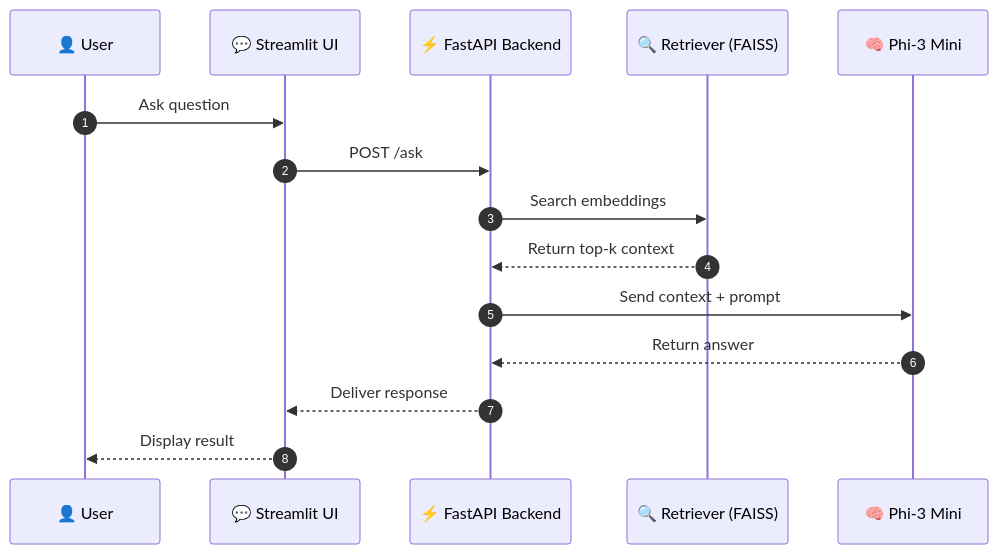
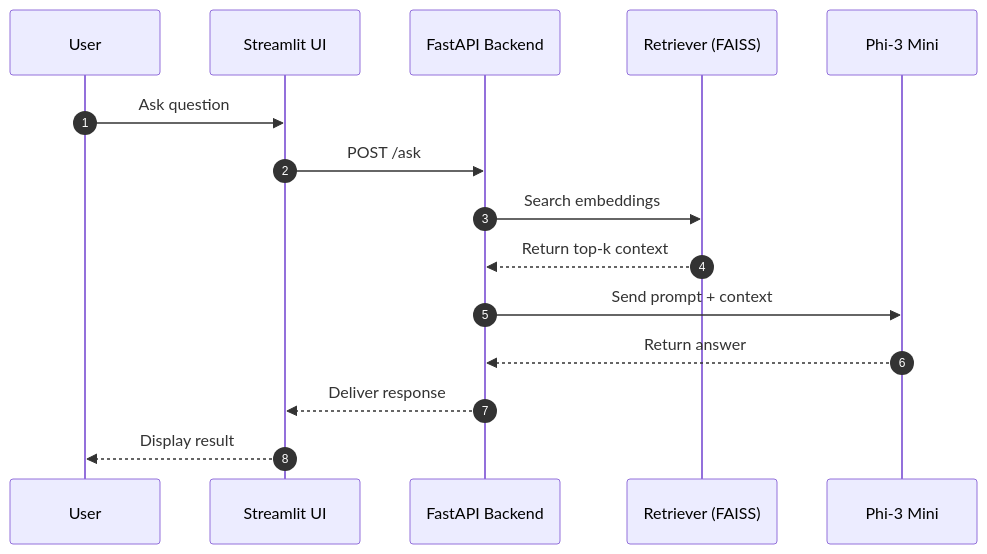
The fourth of 4 diagrams in README.md (JDede1/rag-project), drawn with Mermaid before and after one commit. The commit also changed other lines of this file, not shown here.

Commit message:
Updated README: Fixed mermaid diagrams

````diff
--- a/README.md
+++ b/README.md
@@ -138,18 +108,18 @@
 ```mermaid
 sequenceDiagram
     autonumber
-    participant U as 👤 User
-    participant UI as 💬 Streamlit UI
-    participant API as ⚡ FastAPI Backend
-    participant RET as 🔍 Retriever (FAISS)
-    participant GEN as 🧠 Phi-3 Mini
+    participant U as User
+    participant UI as Streamlit UI
+    participant API as FastAPI Backend
+    participant RET as Retriever (FAISS)
+    participant GEN as Phi-3 Mini
 
     U->>UI: Ask question
     UI->>API: POST /ask
     API->>RET: Search embeddings
     RET-->>API: Return top-k context
-    API->>GEN: Send context + prompt
+    API->>GEN: Send prompt + context
     GEN-->>API: Return answer
     API-->>UI: Deliver response
     UI-->>U: Display result
 ```
````
